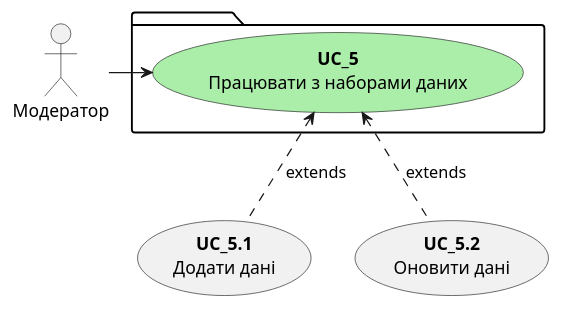
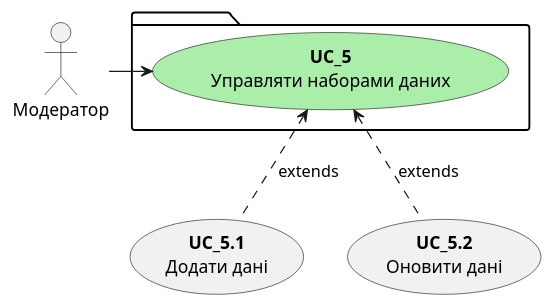
The diagram in src/uml/MODERATOR_2.puml (anrikolo/obd), drawn with PlantUML before and after one commit.

```diff
--- a/src/uml/MODERATOR_2.puml
+++ b/src/uml/MODERATOR_2.puml
@@ -1,14 +1,14 @@
 @startuml
 package {
-        usecase "<b>UC_5</b>\nПрацювати з наборами даних" as UC_5 #aaeeaa
+        usecase "<b>UC_5</b>\nУправляти наборами даних" as UC_5 #aaeeaa
     }
     
     usecase "<b>UC_5.1</b>\nДодати дані" as UC_5.1
     usecase "<b>UC_5.2</b>\nОновити дані" as UC_5.2
 
     UC_5.1 .u.> UC_5 : extends
     UC_5.2 .u.> UC_5 : extends
 
     Модератор -> UC_5
 
 @enduml
```
